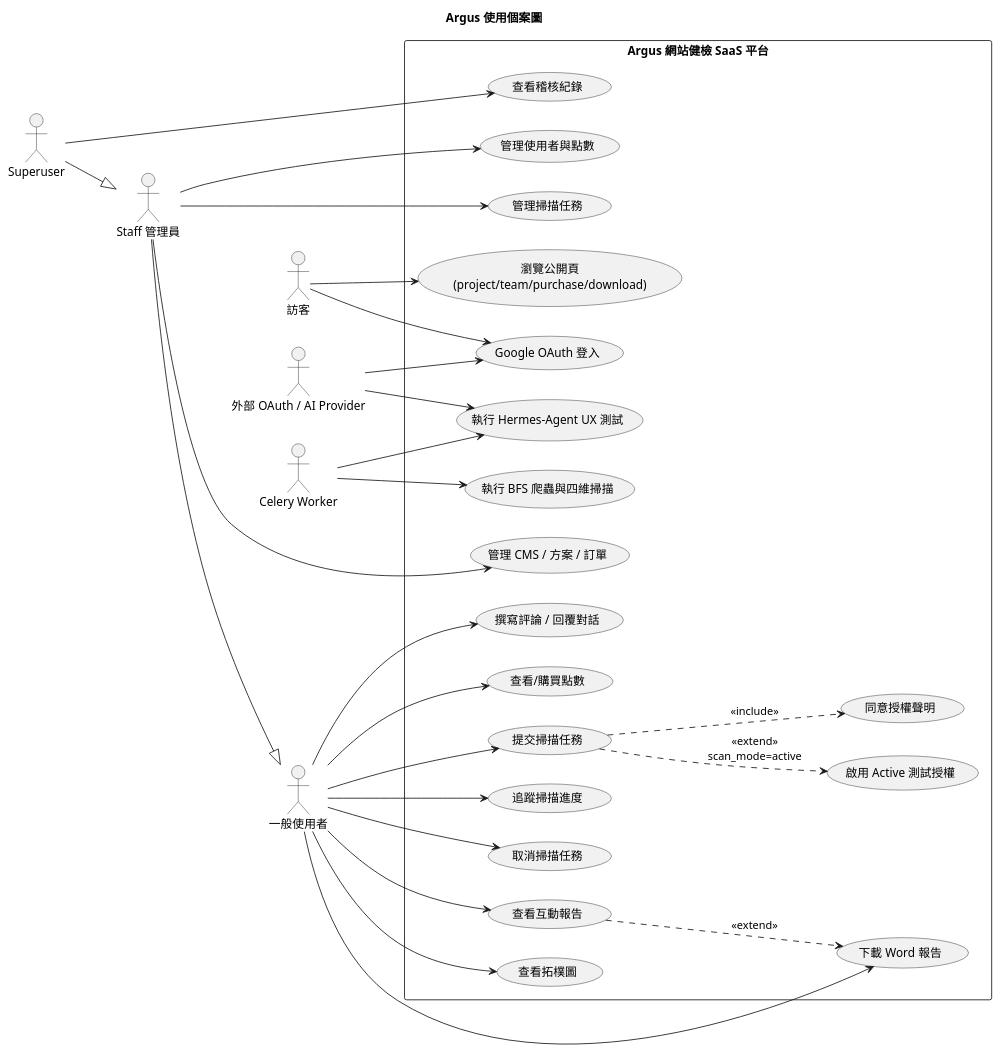
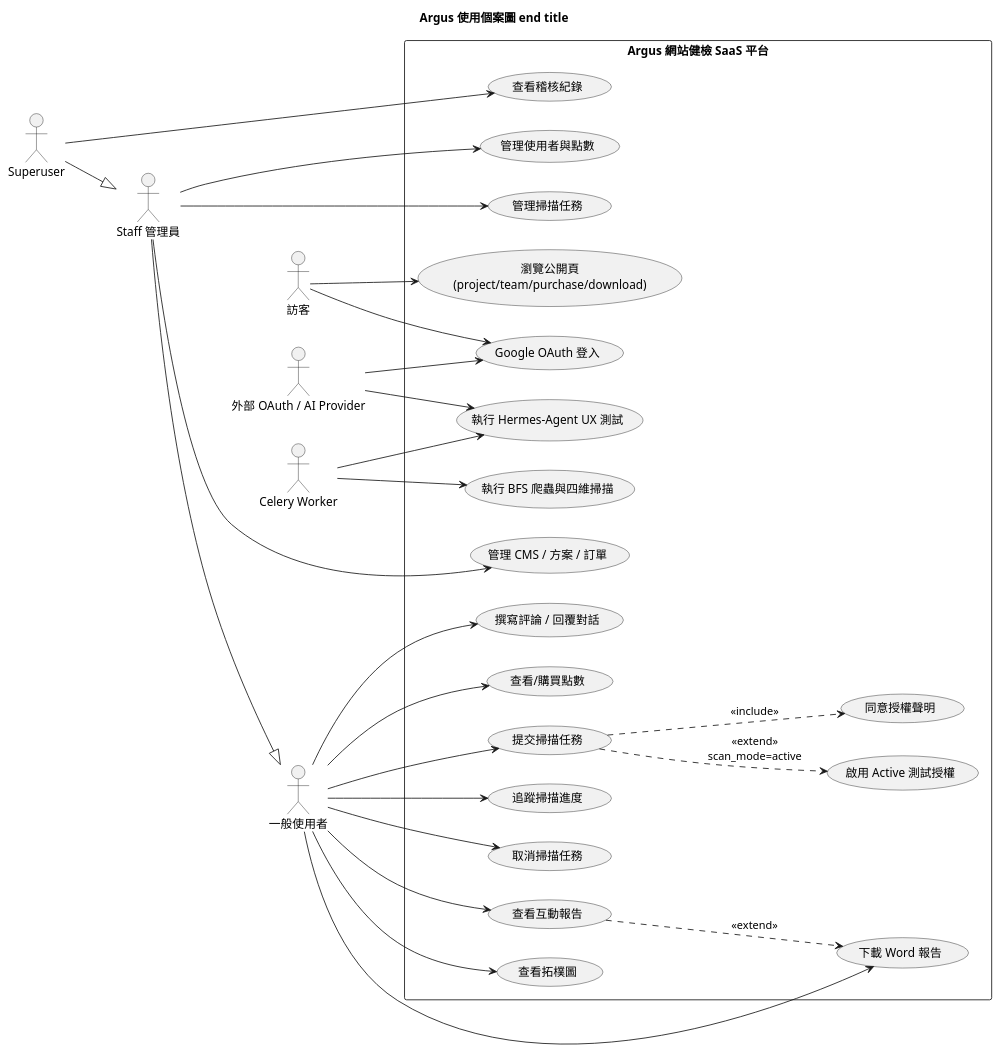
Before and after one commit to Djude1/Argus: the fourth of 13 diagrams in PlantUML.md, drawn with PlantUML. The commit also changed other lines of this file, not shown here.

````diff
--- a/PlantUML.md
+++ b/PlantUML.md
@@ -229,61 +229,61 @@
 ```plantuml
 @startuml
-title Argus 使用個案圖
+title Argus 使用個案圖 end title
 left to right direction
 skinparam defaultFontName Microsoft JhengHei
 skinparam shadowing false
 
 actor "訪客" as Guest
 actor "一般使用者" as User
 actor "Staff 管理員" as Staff
 actor "Superuser" as Super
 actor "Celery Worker" as Worker
 actor "外部 OAuth / AI Provider" as Provider
 
 rectangle "Argus 網站健檢 SaaS 平台" {
   usecase "瀏覽公開頁\n(project/team/purchase/download)" as UC_Public
   usecase "Google OAuth 登入" as UC_Login
   usecase "查看/購買點數" as UC_Billing
   usecase "提交掃描任務" as UC_Submit
   usecase "同意授權聲明" as UC_Consent
   usecase "啟用 Active 測試授權" as UC_ActiveConsent
   usecase "追蹤掃描進度" as UC_Progress
   usecase "取消掃描任務" as UC_Cancel
   usecase "查看互動報告" as UC_Report
   usecase "查看拓樸圖" as UC_Topology
   usecase "下載 Word 報告" as UC_Docx
   usecase "撰寫評論 / 回覆對話" as UC_Review
   usecase "管理使用者與點數" as UC_AdminUser
   usecase "管理掃描任務" as UC_AdminScan
   usecase "管理 CMS / 方案 / 訂單" as UC_CMS
   usecase "查看稽核紀錄" as UC_Audit
   usecase "執行 BFS 爬蟲與四維掃描" as UC_WorkerScan
   usecase "執行 Hermes-Agent UX 測試" as UC_Agent
 }
 
 Guest --> UC_Public
 Guest --> UC_Login
 User --> UC_Billing
 User --> UC_Submit
 User --> UC_Progress
 User --> UC_Cancel
 User --> UC_Report
 User --> UC_Topology
 User --> UC_Docx
 User --> UC_Review
 Staff --> UC_AdminUser
 Staff --> UC_AdminScan
 Staff --> UC_CMS
 Super --> UC_Audit
 Worker --> UC_WorkerScan
 Worker --> UC_Agent
 Provider --> UC_Login
 Provider --> UC_Agent
 
 UC_Submit ..> UC_Consent : <<include>>
 UC_Submit ..> UC_ActiveConsent : <<extend>>\nscan_mode=active
 UC_Report ..> UC_Docx : <<extend>>
 Staff --|> User
 Super --|> Staff
 @enduml
 ```
````
